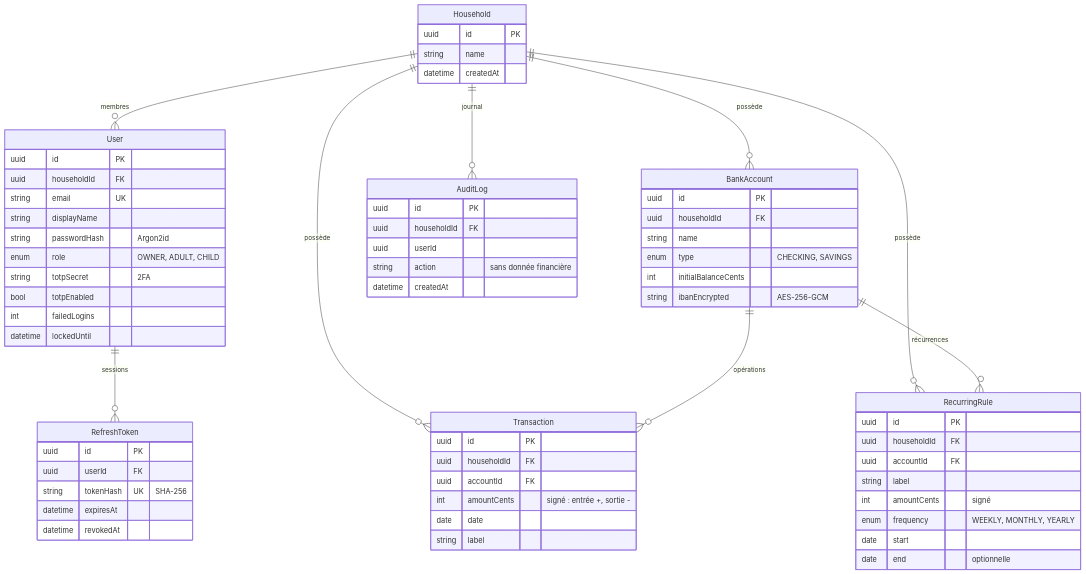
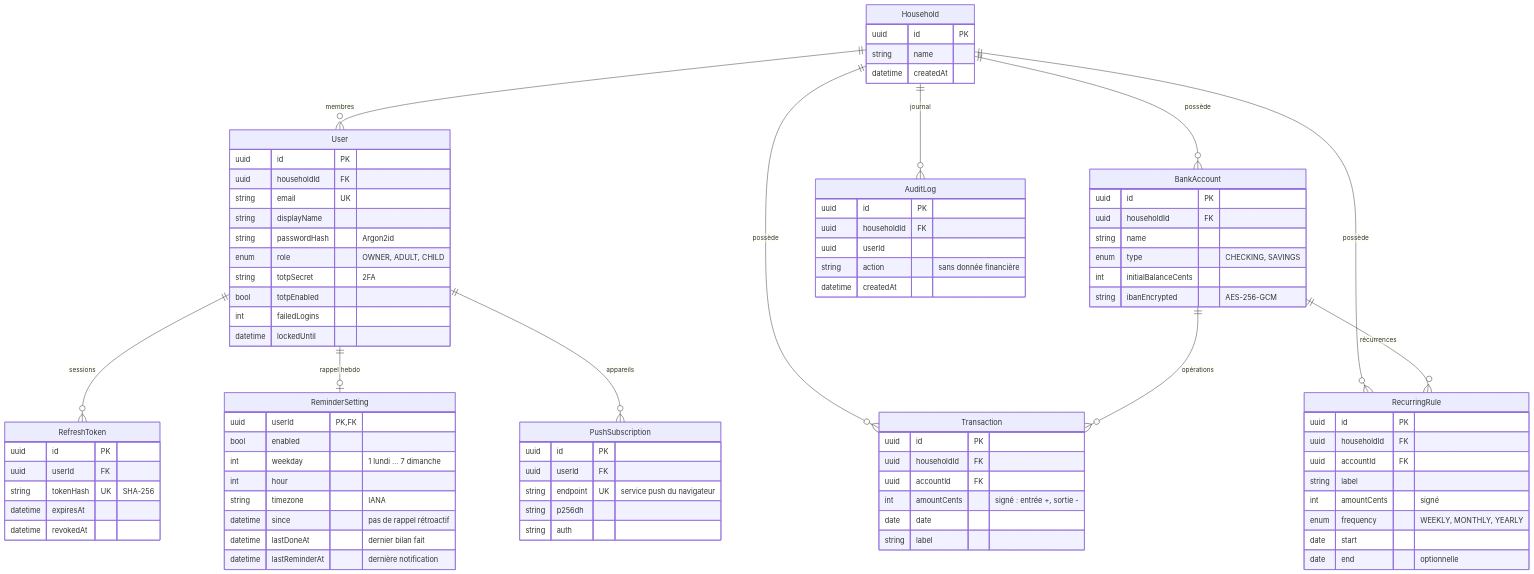
Before and after one commit to Lolooo21/Gest-finance-: the diagram in README.md, drawn with Mermaid. The commit also changed other lines of this file and 25 other files, not shown here.

First line of the commit message:
feat: jalon 5, rappel hebdomadaire, notifications push et bilan de la semaine

```diff
--- a/README.md
+++ b/README.md
@@ -25,6 +25,8 @@
     Household ||--o{ RecurringRule : "possède"
     Household ||--o{ AuditLog : "journal"
     User ||--o{ RefreshToken : "sessions"
+    User ||--o| ReminderSetting : "rappel hebdo"
+    User ||--o{ PushSubscription : "appareils"
     BankAccount ||--o{ Transaction : "opérations"
     BankAccount ||--o{ RecurringRule : "récurrences"
 
@@ -51,6 +53,23 @@
         string tokenHash UK "SHA-256"
         datetime expiresAt
         datetime revokedAt
+    }
+    ReminderSetting {
+        uuid userId PK,FK
+        bool enabled
+        int weekday "1 lundi … 7 dimanche"
+        int hour
+        string timezone "IANA"
+        datetime since "pas de rappel rétroactif"
+        datetime lastDoneAt "dernier bilan fait"
+        datetime lastReminderAt "dernière notification"
+    }
+    PushSubscription {
+        uuid id PK
+        uuid userId FK
+        string endpoint UK "service push du navigateur"
+        string p256dh
+        string auth
     }
     AuditLog {
         uuid id PK
```
